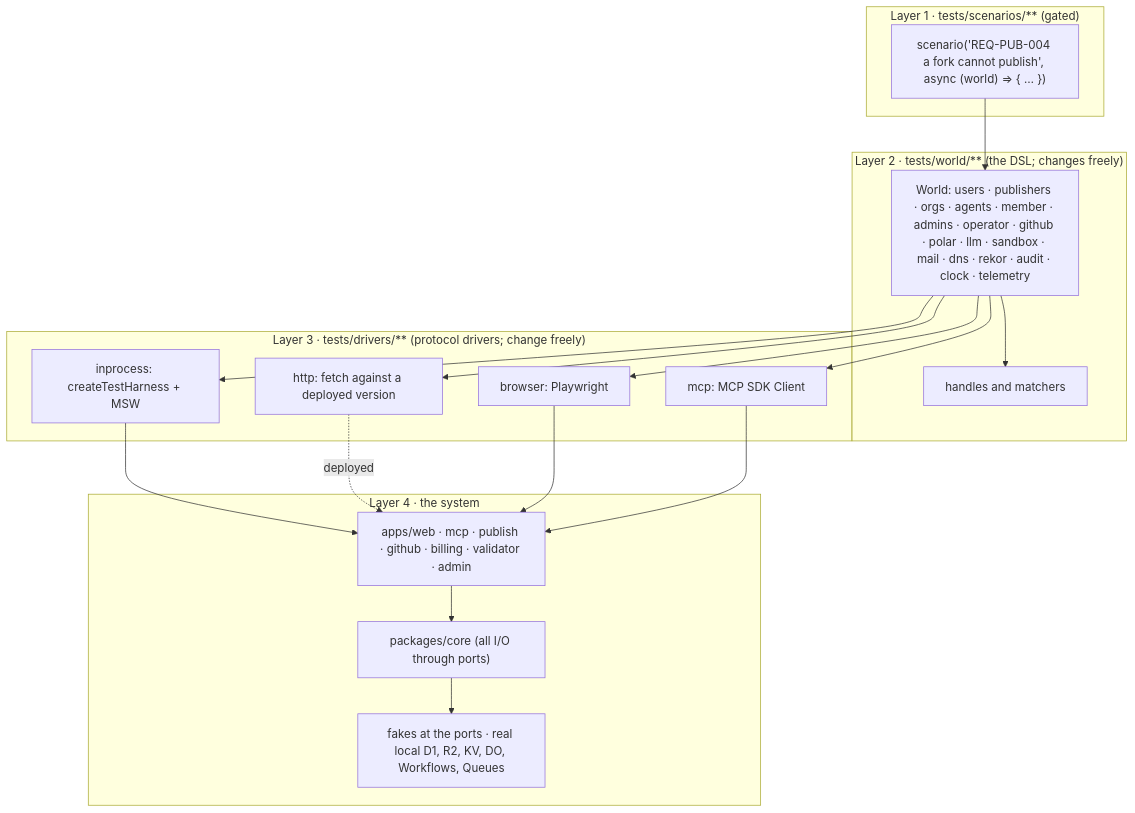
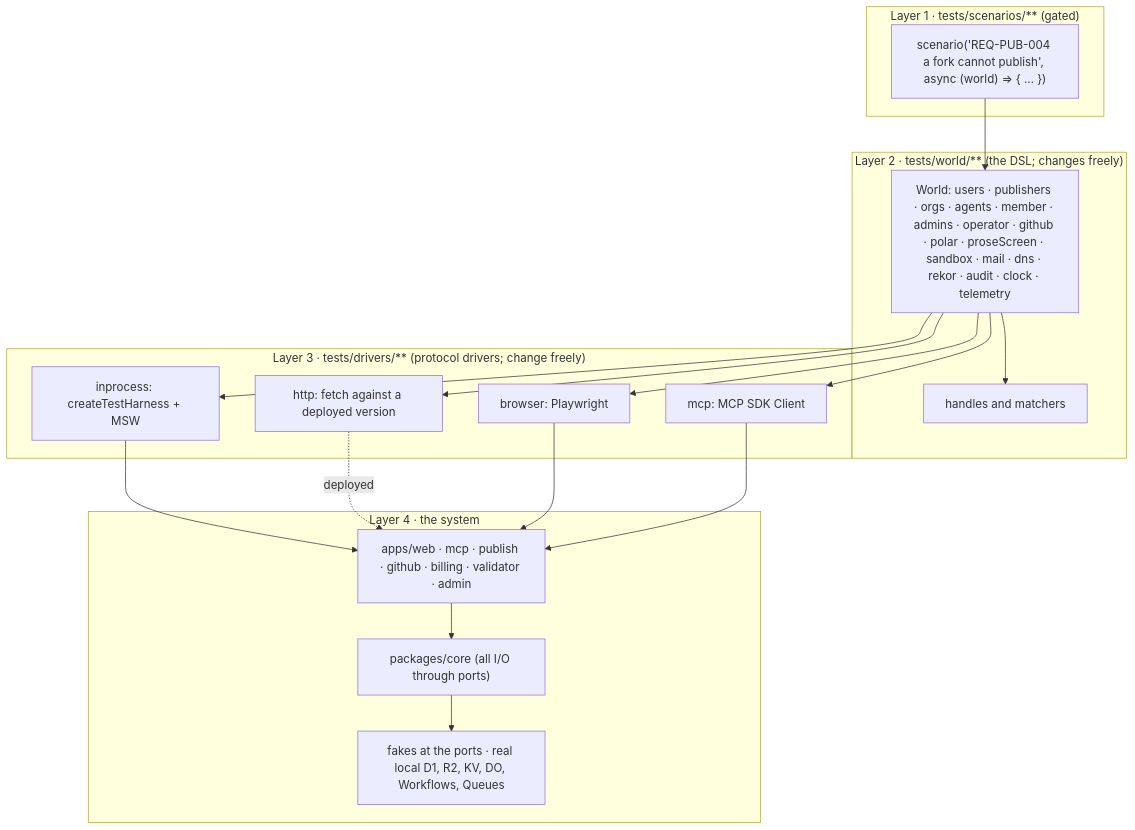
One commit to Claudinite/PackServer changed the diagram in docs/testing/README.md. Above: the diagram before and after it, drawn with Mermaid. The commit also changed other lines of this file and 6 other files, not shown here.

First line of the commit message:
Make the prose screen Jev on Workers AI

````diff
--- a/docs/testing/README.md
+++ b/docs/testing/README.md
@@ -53,28 +53,28 @@
 ```mermaid
 flowchart TB
   subgraph L1["Layer 1 · tests/scenarios/**  (gated)"]
     S["scenario('REQ-PUB-004 a fork cannot publish', async (world) => { … })"]
   end
   subgraph L2["Layer 2 · tests/world/**  (the DSL; changes freely)"]
-    W["World: users · publishers · orgs · agents · member · admins · operator · github · polar · llm · sandbox · mail · dns · rekor · audit · clock · telemetry"]
+    W["World: users · publishers · orgs · agents · member · admins · operator · github · polar · proseScreen · sandbox · mail · dns · rekor · audit · clock · telemetry"]
     M["handles and matchers"]
   end
   subgraph L3["Layer 3 · tests/drivers/**  (protocol drivers; change freely)"]
     D1["inprocess: createTestHarness + MSW"]
     D2["http: fetch against a deployed version"]
     D3["browser: Playwright"]
     D4["mcp: MCP SDK Client"]
   end
   subgraph L4["Layer 4 · the system"]
     A["apps/web · mcp · publish · github · billing · validator · admin"]
     C["packages/core (all I/O through ports)"]
     F["fakes at the ports · real local D1, R2, KV, DO, Workflows, Queues"]
   end
   S --> W --> M
   W --> D1 & D2 & D3 & D4
   D1 --> A
   D2 -.deployed.-> A
   D3 --> A
   D4 --> A
   A --> C --> F
 ```
````
